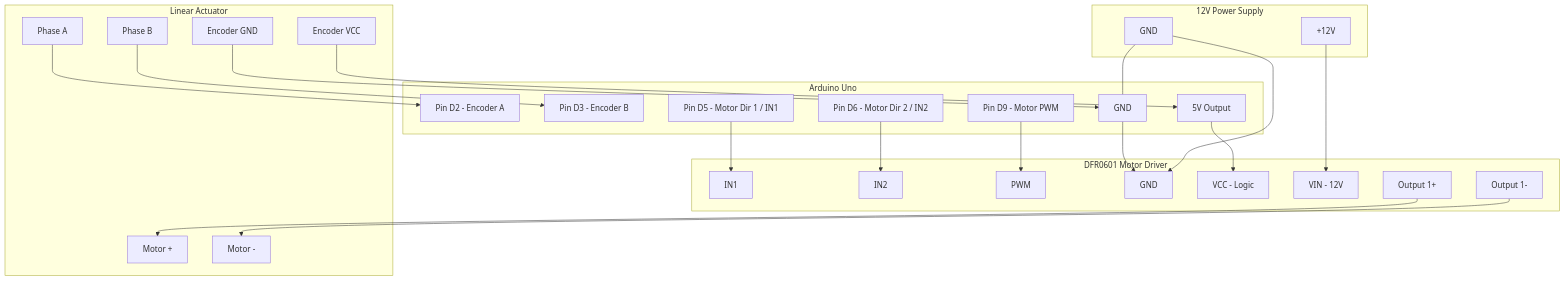
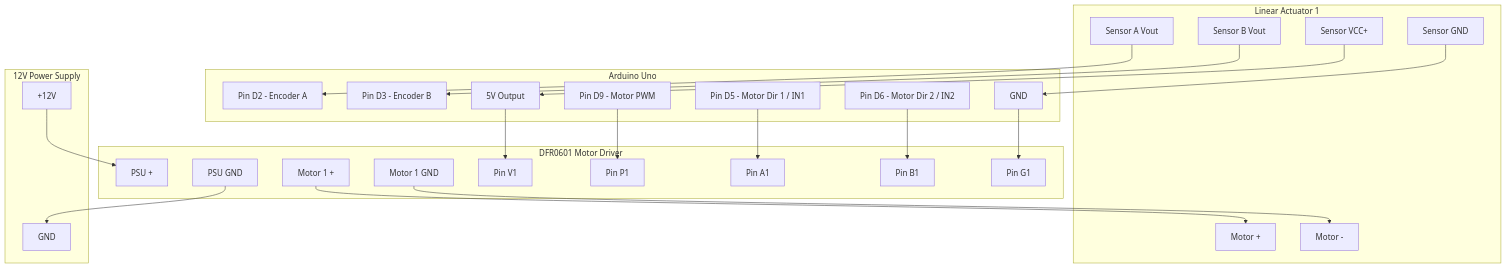
Before and after one commit to RuurdBijlsma/arduino-antuator-rs: the diagram in docs/HARDWARE.md, drawn with Mermaid.

Commit message:
Fix mermaid diagram

````diff
--- a/docs/HARDWARE.md
+++ b/docs/HARDWARE.md
@@ -24,61 +24,59 @@
 ```mermaid
 graph TD
     subgraph Arduino Uno
         D2[Pin D2 - Encoder A]
         D3[Pin D3 - Encoder B]
         D5[Pin D5 - Motor Dir 1 / IN1]
         D6[Pin D6 - Motor Dir 2 / IN2]
         D9[Pin D9 - Motor PWM]
         GND_A[GND]
         V5[5V Output]
     end
 
     subgraph DFR0601 Motor Driver
-        IN1[IN1]
-        IN2[IN2]
-        PWM[PWM]
-        GND_D[GND]
-        VCC[VCC - Logic]
-        VIN[VIN - 12V]
-        M1+[Output 1+]
-        M1-[Output 1-]
+        PPLS[PSU +]
+        PGND[PSU GND]
+        M1+[Motor 1 +]
+        M1-[Motor 1 GND]
+        MD_V1[Pin V1]
+        MD_P1[Pin P1]
+        MD_A1[Pin A1]
+        MD_B1[Pin B1]
+        MD_G1[Pin G1]
     end
 
-    subgraph Linear Actuator
+    subgraph Linear Actuator 1
         LA_M+[Motor +]
         LA_M-[Motor -]
-        LA_VCC[Encoder VCC]
-        LA_GND[Encoder GND]
-        LA_A[Phase A]
-        LA_B[Phase B]
+        LA_SENS_A_VOUT[Sensor A Vout]
+        LA_SENS_B_VOUT[Sensor B Vout]
+        LA_SENS_GND[Sensor GND]
+        LA_SENS_VCC+[Sensor VCC+]
     end
 
     subgraph PSU [12V Power Supply]
         P12[+12V]
-        PGND[GND]
+        PSU_GND[GND]
     end
 
     %% Arduino to Driver Logic
-    D5 --> IN1
-    D6 --> IN2
-    D9 --> PWM
-    V5 --> VCC
-    GND_A --> GND_D
+    D5 --> MD_A1
+    D6 --> MD_B1
+    D9 --> MD_P1
+    V5 --> MD_V1
+    GND_A --> MD_G1
 
     %% Power to Driver
-    P12 --> VIN
-    PGND --> GND_D
+    P12 --> PPLS
+    PGND --> PSU_GND
 
     %% Driver to Actuator Motor
     M1+ --> LA_M+
     M1- --> LA_M-
 
     %% Actuator Encoder to Arduino
-    LA_VCC --> V5
-    LA_GND --> GND_A
-    LA_A --> D2
-    LA_B --> D3
-
-    %% Global GND Bond
-    PGND --- GND_A
+    LA_SENS_VCC+ --> V5
+    LA_SENS_GND --> GND_A
+    LA_SENS_A_VOUT --> D2
+    LA_SENS_B_VOUT --> D3
 ```
````
